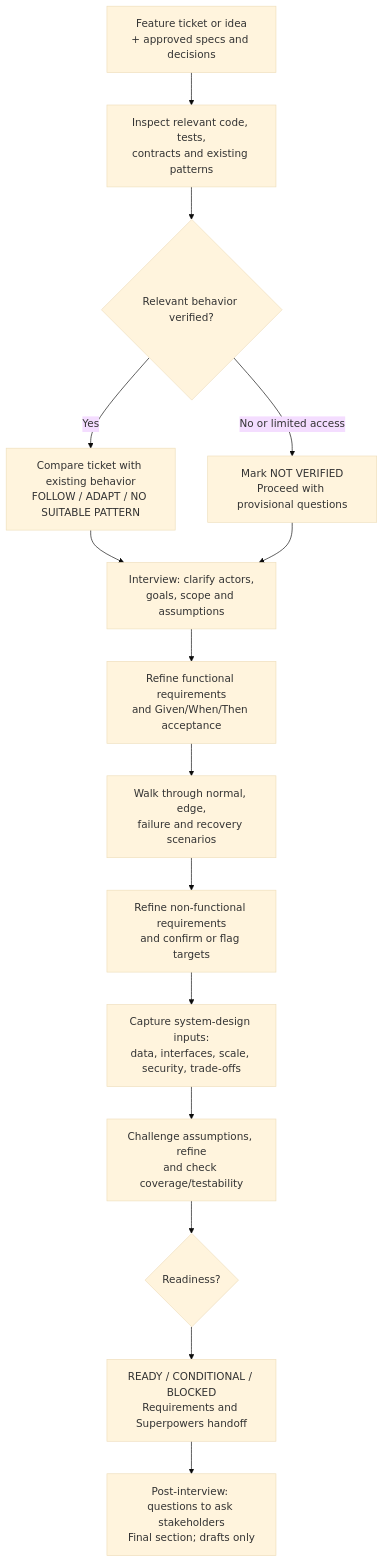
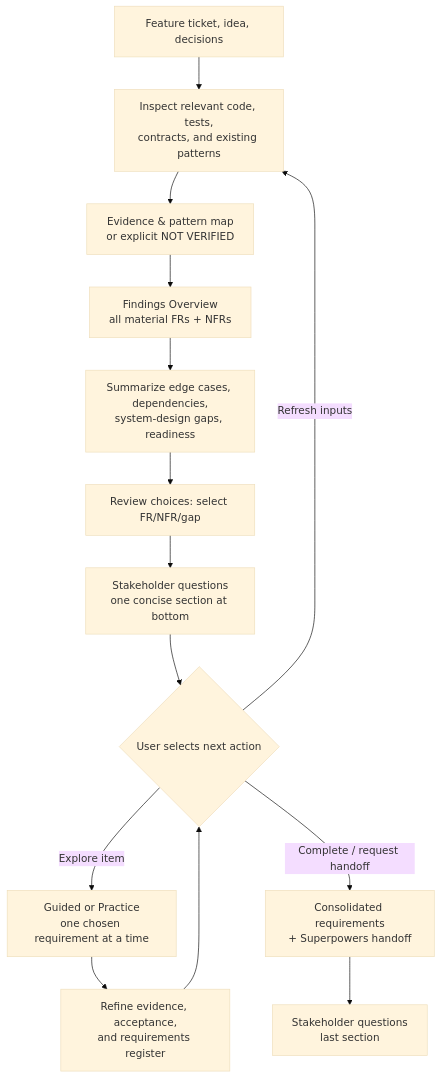
Before and after one commit to rlynjb/dotskills: the first of 2 diagrams in skills/refine-requirements/README.md, drawn with Mermaid (base theme). The commit also changed other lines of this file, not shown here.

Commit message:
Document overview-first Refine Requirements flow, evidence map and selective interview

````diff
--- a/skills/refine-requirements/README.md
+++ b/skills/refine-requirements/README.md
@@ -32,21 +33,16 @@
 ```mermaid
 flowchart TD
-    A["Feature ticket or idea<br/>+ approved specs and decisions"]
-    B["Inspect relevant code, tests,<br/>contracts and existing patterns"]
-    C{"Relevant behavior verified?"}
-    D["Compare ticket with existing behavior<br/>FOLLOW / ADAPT / NO SUITABLE PATTERN"]
-    E["Mark NOT VERIFIED<br/>Proceed with provisional questions"]
-    F["Interview: clarify actors,<br/>goals, scope and assumptions"]
-    G["Refine functional requirements<br/>and Given/When/Then acceptance"]
-    H["Walk through normal, edge,<br/>failure and recovery scenarios"]
-    I["Refine non-functional requirements<br/>and confirm or flag targets"]
-    J["Capture system-design inputs:<br/>data, interfaces, scale, security, trade-offs"]
-    K["Challenge assumptions, refine<br/>and check coverage/testability"]
-    L{"Readiness?"}
-    M["READY / CONDITIONAL / BLOCKED<br/>Requirements and Superpowers handoff"]
-    N["Post-interview: questions to ask stakeholders<br/>Final section; drafts only"]
-    A --> B --> C
-    C -->|Yes| D --> F
-    C -->|No or limited access| E --> F
-    F --> G --> H --> I --> J --> K --> L --> M --> N
+    A["Feature ticket, idea, decisions"] --> B["Inspect relevant code, tests,<br/>contracts, and existing patterns"]
+    B --> C["Evidence & pattern map<br/>or explicit NOT VERIFIED"]
+    C --> D["Findings Overview<br/>all material FRs + NFRs"]
+    D --> E["Summarize edge cases, dependencies,<br/>system-design gaps, readiness"]
+    E --> F["Review choices: select FR/NFR/gap"]
+    F --> G["Stakeholder questions<br/>one concise section at bottom"]
+    G --> H{"User selects next action"}
+    H -->|"Explore item"| I["Guided or Practice<br/>one chosen requirement at a time"]
+    I --> J["Refine evidence, acceptance,<br/>and requirements register"]
+    J --> H
+    H -->|"Refresh inputs"| B
+    H -->|"Complete / request handoff"| K["Consolidated requirements<br/>+ Superpowers handoff"]
+    K --> L["Stakeholder questions<br/>last section"]
 ```
````
